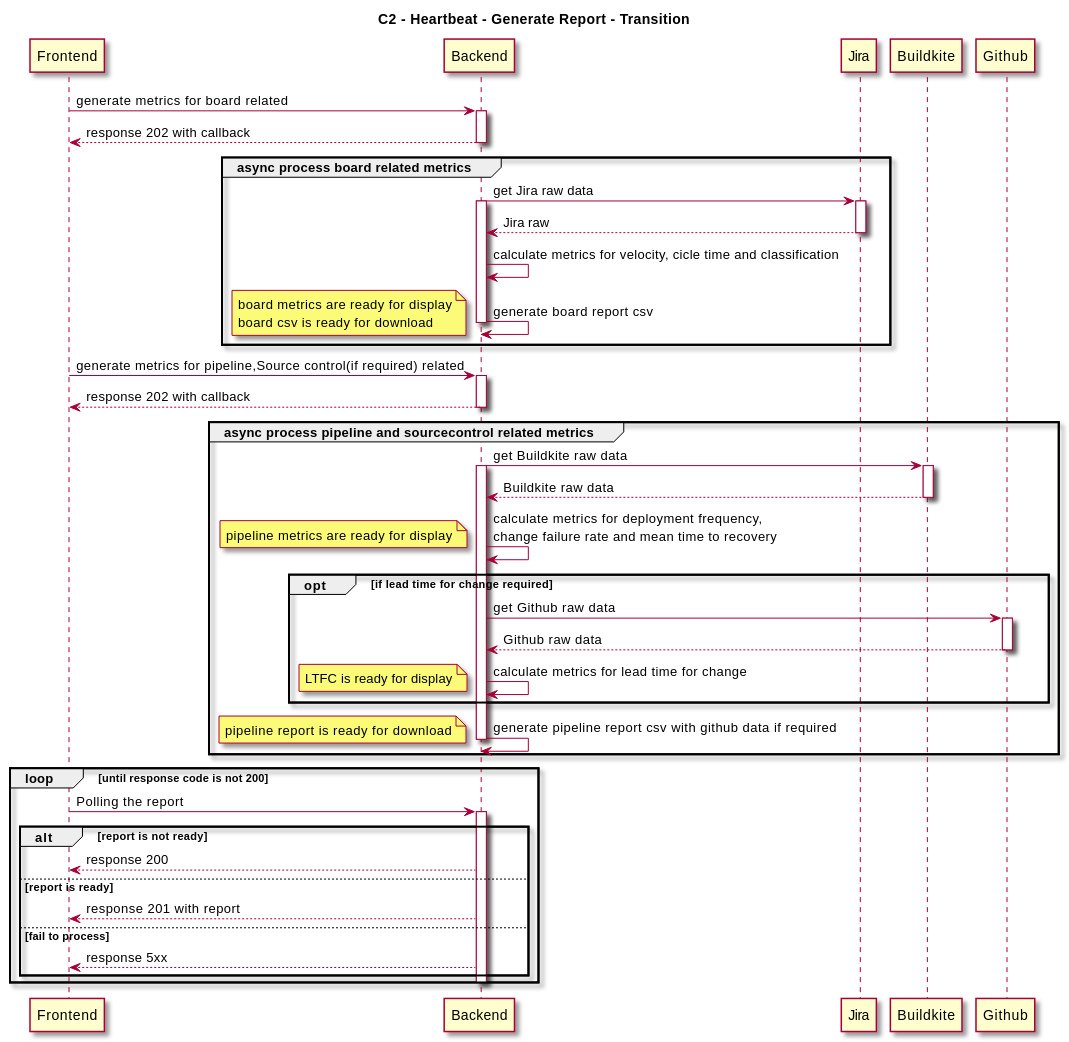
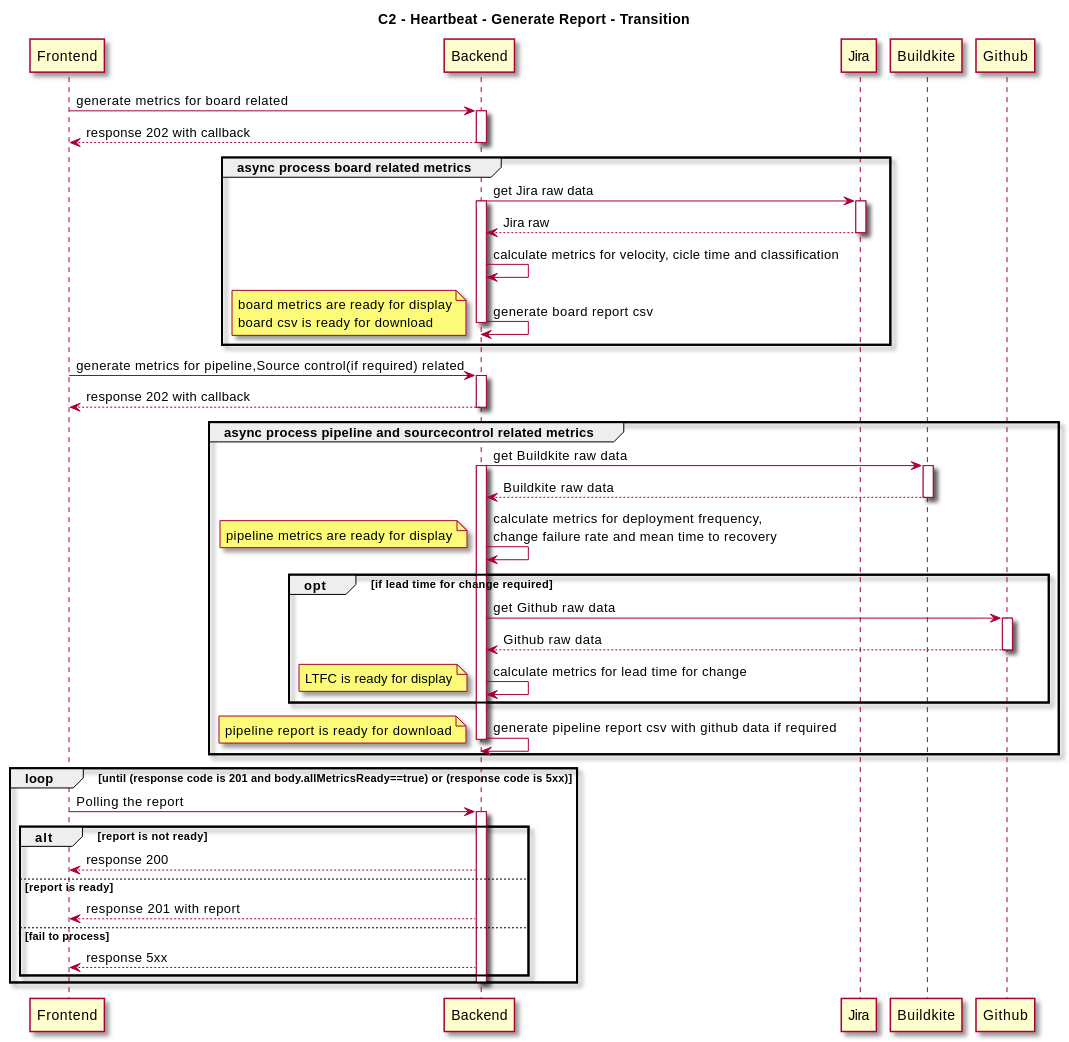
The third of 3 diagrams in docs/src/content/docs/en/designs/refinement-on-generate-report.mdx (thoughtworks/HeartBeat), drawn with PlantUML before and after one commit. The commit also changed other lines of this file, not shown here.

````diff
--- a/docs/src/content/docs/en/designs/refinement-on-generate-report.mdx
+++ b/docs/src/content/docs/en/designs/refinement-on-generate-report.mdx
@@ -189,77 +190,77 @@
 ```plantuml
 @startuml report
 skin rose
 title C2 - Heartbeat - Generate Report - Transition
 participant Frontend
 participant Backend
 participant Jira
 participant Buildkite
 participant Github
 
 Frontend -> Backend: generate metrics for board related
 activate Backend
 Backend --> Frontend: response 202 with callback
 deactivate Backend
 
 group async process board related metrics
     Backend -> Jira: get Jira raw data
     activate Backend
     activate Jira
     Jira --> Backend: Jira raw 
     deactivate Jira
     Backend -> Backend: calculate metrics for velocity, cicle time and classification
     Backend -> Backend: generate board report csv
     deactivate Backend
     note left
         board metrics are ready for display
         board csv is ready for download
     end note
 end
 
 Frontend -> Backend: generate metrics for pipeline,Source control(if required) related
 activate Backend
 Backend --> Frontend: response 202 with callback
 deactivate Backend
 
 group async process pipeline and sourcecontrol related metrics
     Backend -> Buildkite: get Buildkite raw data
     activate Backend
     activate Buildkite
     Buildkite --> Backend: Buildkite raw data
     deactivate Buildkite
     Backend -> Backend: calculate metrics for deployment frequency, \nchange failure rate and mean time to recovery
     note left
         pipeline metrics are ready for display
     end note
     opt if lead time for change required
         Backend -> Github: get Github raw data
         activate  Github
         Github --> Backend: Github raw data
         deactivate Github
         Backend -> Backend: calculate metrics for lead time for change
         note left
             LTFC is ready for display
         end note
     end
     Backend -> Backend: generate pipeline report csv with github data if required
     note left
         pipeline report is ready for download
     end note
     deactivate Backend
 end
 
 
-loop until response code is not 200
+loop until (response code is 201 and body.allMetricsReady==true) or (response code is 5xx) 
     Frontend -> Backend: Polling the report
     activate Backend
     alt report is not ready
         Backend --> Frontend: response 200
     else report is ready
         Backend --> Frontend: response 201 with report
     else fail to process 
         Backend --> Frontend: response 5xx
     end
     deactivate Backend
 end 
 @enduml
 ```
````
